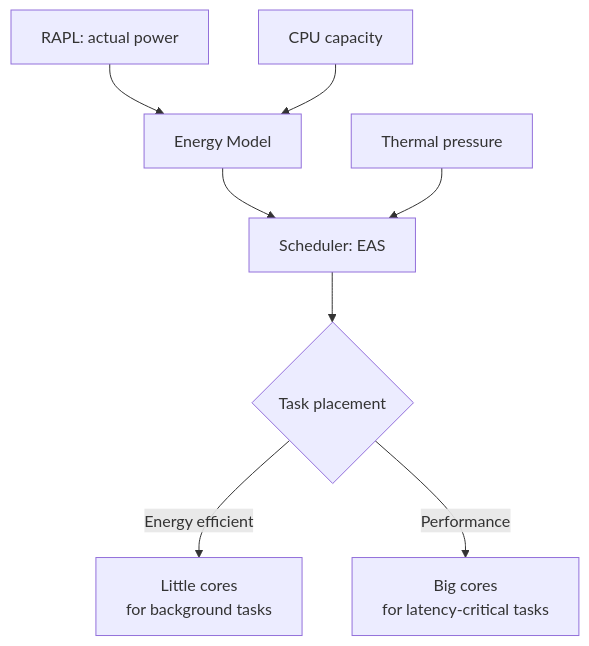
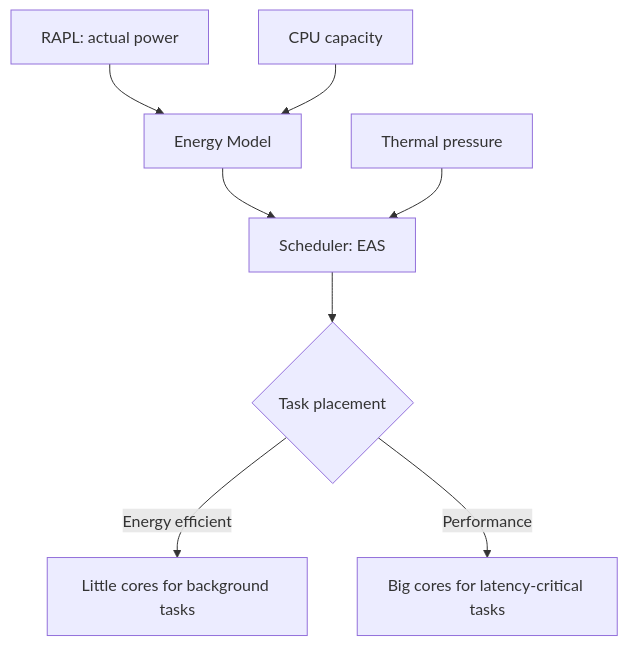
One commit to Abhinav-Kumar012/lb2 changed the second of 3 diagrams in src/performance/rapl.md. Above: the diagram before and after it, drawn with Mermaid. The commit also changed other lines of this file and 4 other files, not shown here.

Commit message:
fix: mermaid syntax - kernel/filesystems

````diff
--- a/src/performance/rapl.md
+++ b/src/performance/rapl.md
@@ -572,12 +570,10 @@
 ```mermaid
 graph TD
     A[Energy Model] --> B[Scheduler: EAS]
     C[RAPL: actual power] --> A
     D[CPU capacity] --> A
     E[Thermal pressure] --> B
     B --> F{Task placement}
-    F -->|Energy efficient| G[Little cores
-         for background tasks]
-    F -->|Performance| H[Big cores
-         for latency-critical tasks]
+    F -->|Energy efficient| G["Little cores for background tasks"]
+    F -->|Performance| H["Big cores for latency-critical tasks"]
 ```
````
